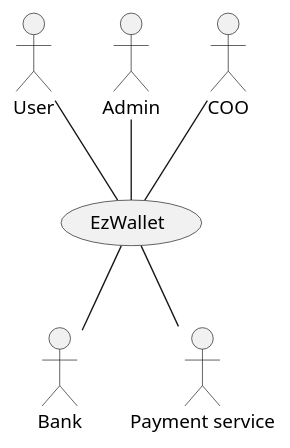
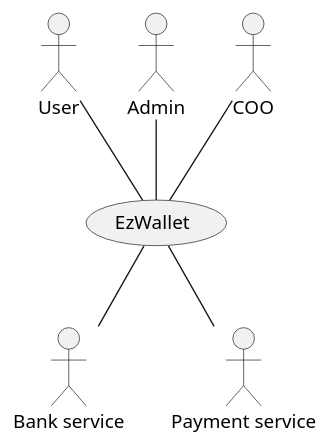
Before and after one commit to lara-m2000/ezwallet: the first of 5 diagrams in RequirementsDocumentV2.md, drawn with PlantUML. The commit also changed other lines of this file, not shown here.

Commit message:
docs: updated use cases, context diagram and use case diagram

````diff
--- a/RequirementsDocumentV2.md
+++ b/RequirementsDocumentV2.md
@@ -98,18 +98,18 @@
 ```plantuml
 @startuml
 
 usecase EzWallet
 actor User
 actor Admin
 actor COO
-actor Bank
+actor "Bank service" as BankService
 actor "Payment service" as PaymentService
 
 User -- EzWallet
 Admin -- EzWallet
 COO -- EzWallet
-EzWallet -- Bank
+EzWallet -- BankService
 EzWallet -- PaymentService
 
 @enduml
 ```
````
